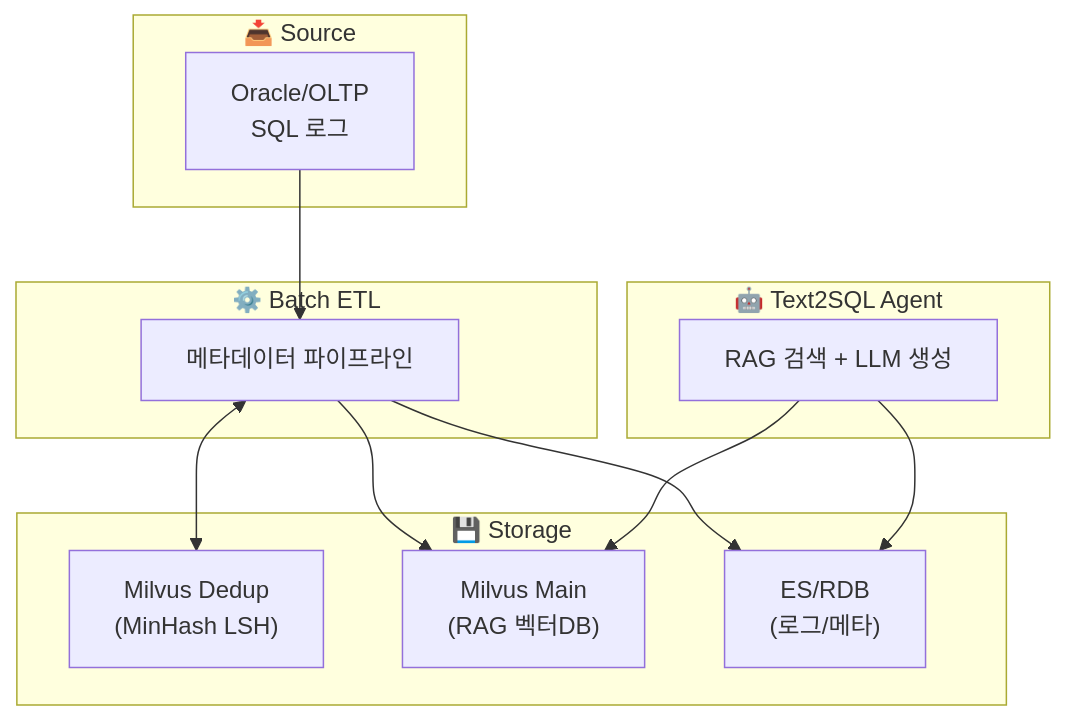
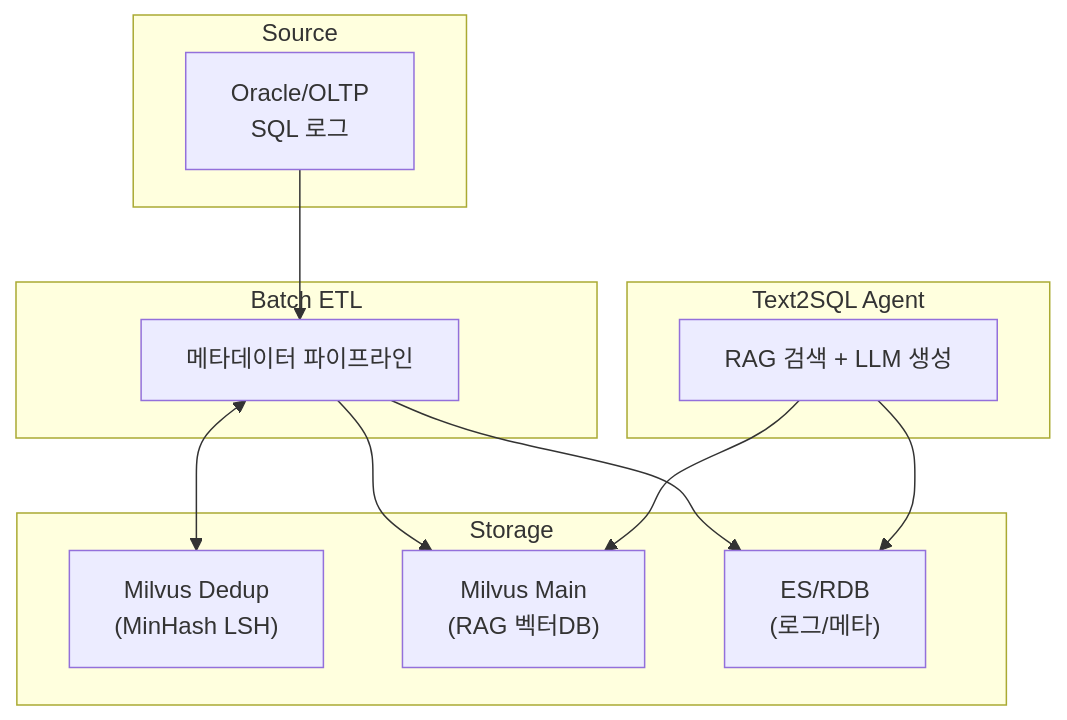
Before and after one commit to shadowik/text2sql_pipeline: the first of 3 diagrams in docs/pipeline_design_draft.md, drawn with Mermaid.

Commit message:
update trivila

````diff
--- a/docs/pipeline_design_draft.md
+++ b/docs/pipeline_design_draft.md
@@ -33,27 +33,27 @@
 ```mermaid
 flowchart TD
-    subgraph Source["📥 Source"]
+    subgraph Source[" Source"]
         OLTPDB["Oracle/OLTP<br/>SQL 로그"]
     end
 
-    subgraph Batch["⚙️ Batch ETL"]
+    subgraph Batch[" Batch ETL"]
         ETL["메타데이터 파이프라인"]
     end
 
-    subgraph Storage["💾 Storage"]
+    subgraph Storage[" Storage"]
         M_DEDUP["Milvus Dedup<br/>(MinHash LSH)"]
         M_MAIN["Milvus Main<br/>(RAG 벡터DB)"]
         META_DB["ES/RDB<br/>(로그/메타)"]
     end
 
-    subgraph Agent["🤖 Text2SQL Agent"]
+    subgraph Agent[" Text2SQL Agent"]
         RAG["RAG 검색 + LLM 생성"]
     end
 
     OLTPDB --> ETL
     ETL <--> M_DEDUP
     ETL --> M_MAIN
     ETL --> META_DB
     RAG --> M_MAIN
     RAG --> META_DB
 ```
````
